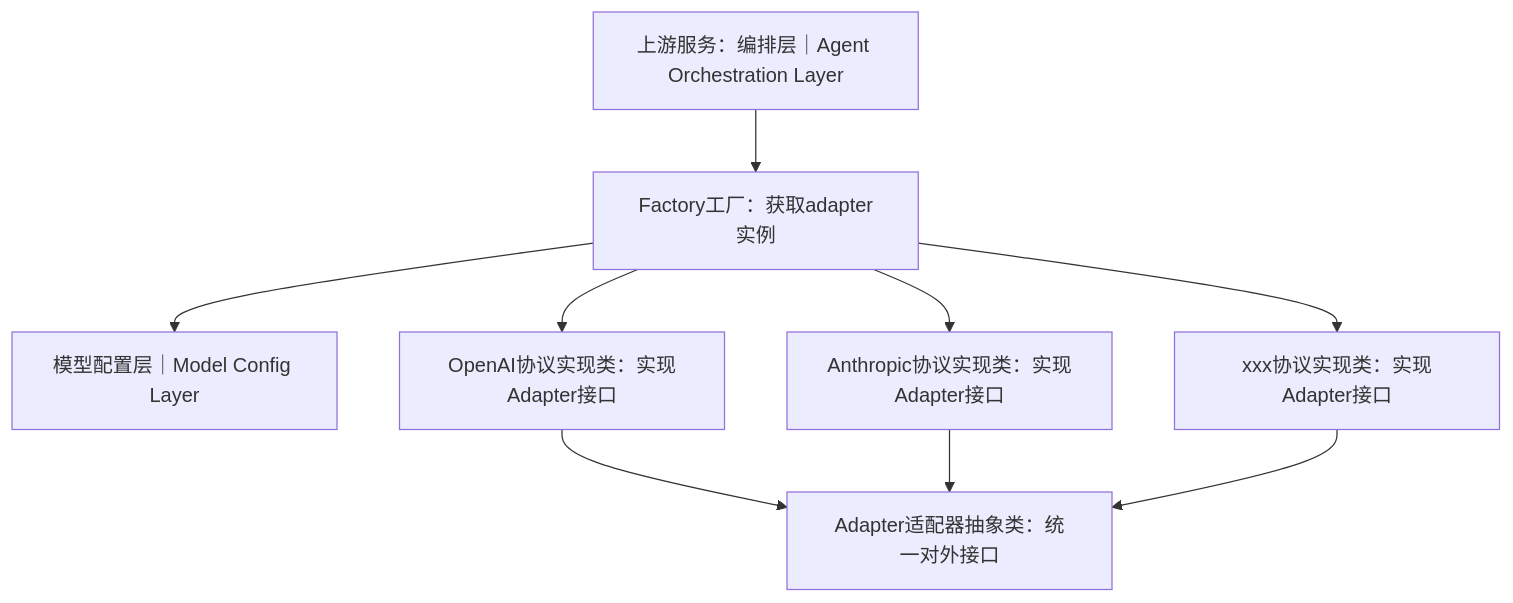
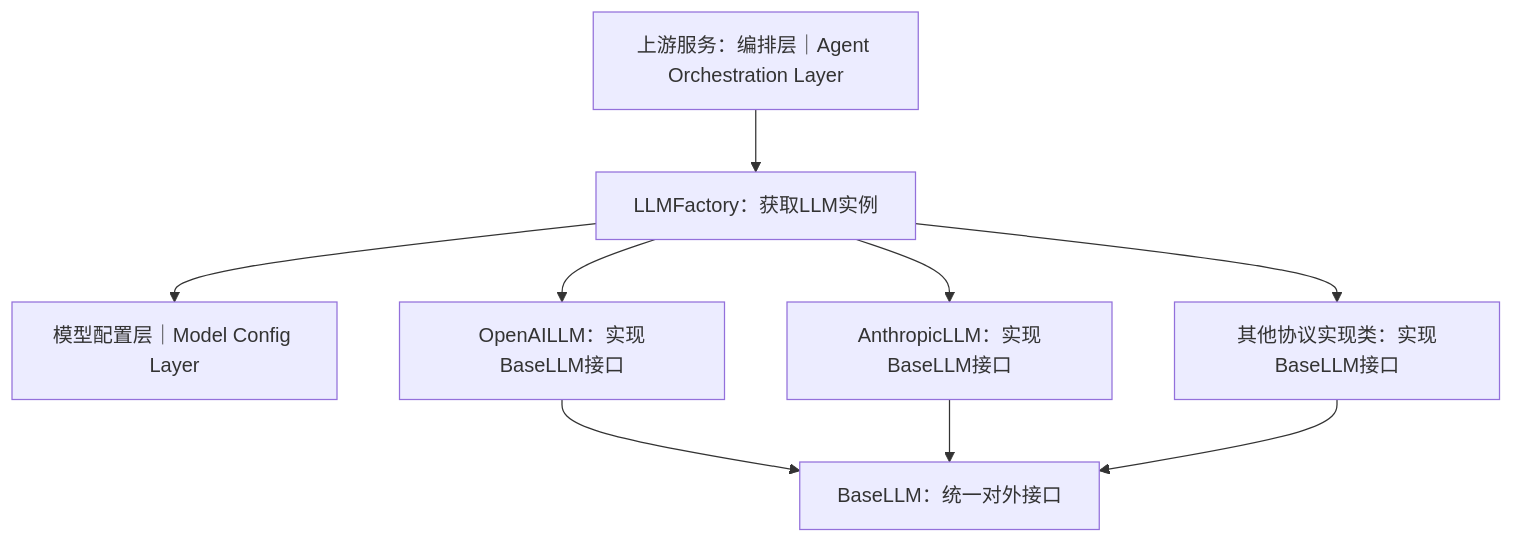
The diagram in apps/agent/docs/arch/model-provider-layer-design.md (Removel/Icarus), drawn with Mermaid before and after one commit. The commit also changed other lines of this file and 2 other files, not shown here.

Commit message:
docs: document agent orchestration foundation

````diff
--- a/apps/agent/docs/arch/model-provider-layer-design.md
+++ b/apps/agent/docs/arch/model-provider-layer-design.md
@@ -2,11 +2,11 @@
 ```mermaid
 flowchart TD
-    A["上游服务：编排层｜Agent Orchestration Layer"] --> B["Factory工厂：获取adapter实例"]
+    A["上游服务：编排层｜Agent Orchestration Layer"] --> B["LLMFactory：获取LLM实例"]
     B --> C["模型配置层｜Model Config Layer"]
-    B --> D["OpenAI协议实现类：实现Adapter接口"]
-    B --> E["Anthropic协议实现类：实现Adapter接口"]
-    B --> F["xxx协议实现类：实现Adapter接口"]
-    D --> G["Adapter适配器抽象类：统一对外接口"]
+    B --> D["OpenAILLM：实现BaseLLM接口"]
+    B --> E["AnthropicLLM：实现BaseLLM接口"]
+    B --> F["其他协议实现类：实现BaseLLM接口"]
+    D --> G["BaseLLM：统一对外接口"]
     E --> G
     F --> G
 ```
````
